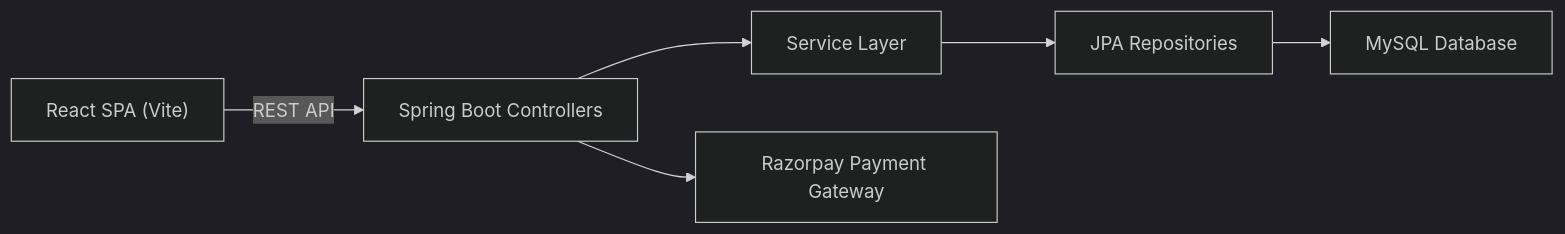
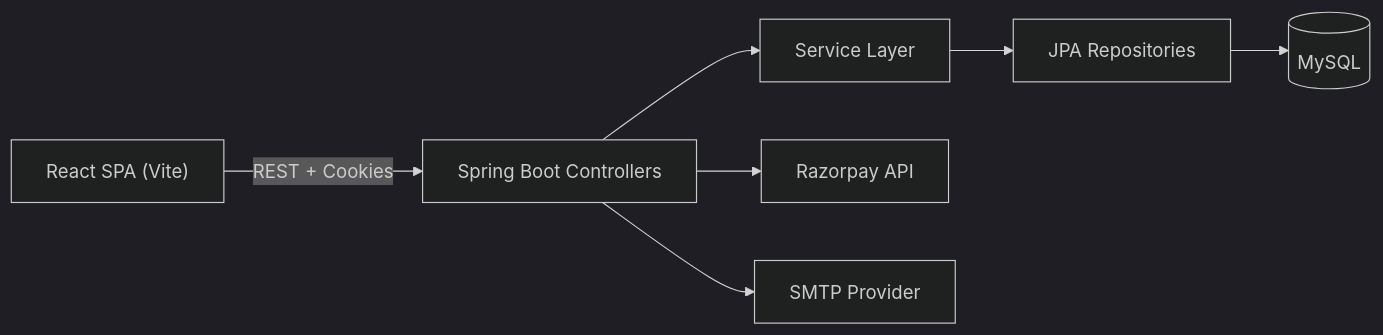
One commit to annnuuupam/NexCart changed the diagram in README.md. Above: the diagram before and after it, drawn with Mermaid (dark theme). The commit also changed other lines of this file and 14 other files, not shown here.

````diff
--- a/README.md
+++ b/README.md
@@ -72,8 +61,9 @@
 ```mermaid
 flowchart LR
-  UI["React SPA (Vite)"] -->|REST API| API["Spring Boot Controllers"]
+  UI["React SPA (Vite)"] -->|REST + Cookies| API["Spring Boot Controllers"]
   API --> SVC["Service Layer"]
-  SVC --> JPA["JPA Repositories"]
-  JPA --> DB["MySQL Database"]
-  API --> PAY["Razorpay Payment Gateway"]
+  SVC --> REPO["JPA Repositories"]
+  REPO --> DB[("MySQL")]
+  API --> RP["Razorpay API"]
+  API --> MAIL["SMTP Provider"]
 ```
````
